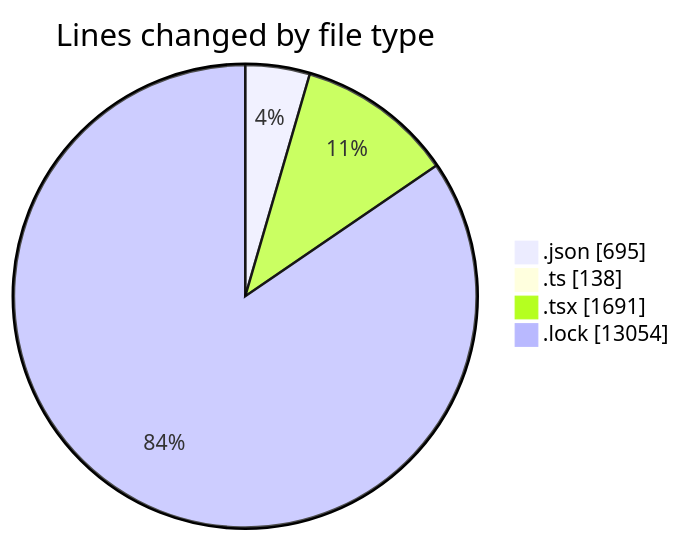
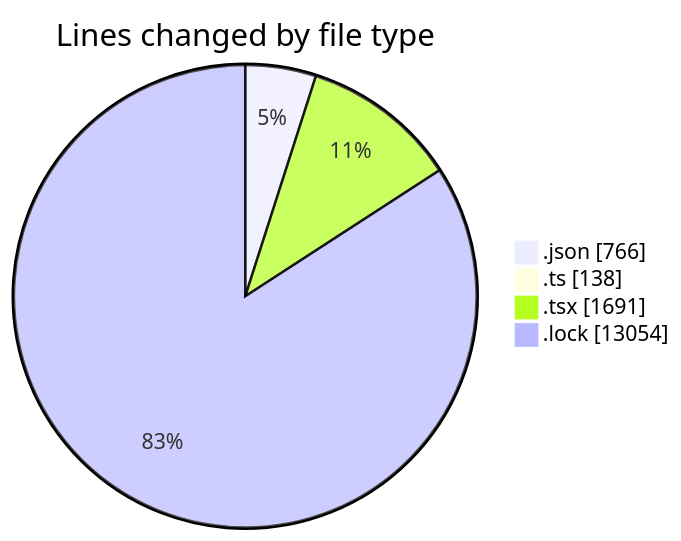
One commit to momahboobian/code-tracking changed the first of 2 diagrams in 2025-05-07/cda/README.md. Above: the diagram before and after it, drawn with Mermaid. The commit also changed other lines of this file and 1 other file, not shown here.

````diff
--- a/2025-05-07/cda/README.md
+++ b/2025-05-07/cda/README.md
@@ -45,8 +45,8 @@
 ```mermaid
 pie showData
 title Lines changed by file type
-".json" : 695
+".json" : 766
 ".ts" : 138
 ".tsx" : 1691
 ".lock" : 13054
 ```
````
